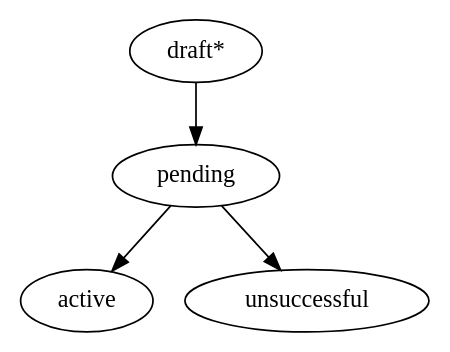
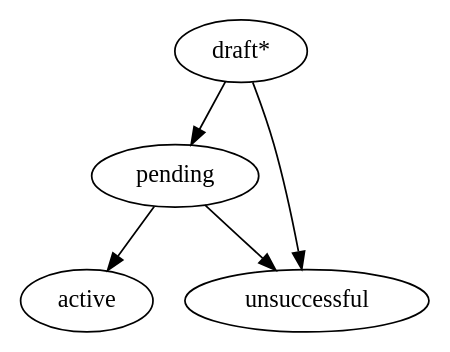
One commit to ProzorroUKR/prozorro-docs changed the diagram in docs/source/standard/cancellation.rst. Above: the diagram before and after it, drawn with Graphviz. The commit also changed 216 other files, not shown here.

```diff
--- a/docs/source/standard/cancellation.rst
+++ b/docs/source/standard/cancellation.rst
@@ -85,12 +85,12 @@
 .. graphviz::
 
     digraph G {
         A [ label="draft*" ]
         B [ label="pending" ]
         C [ label="active"]
         D [ label="unsuccessful" ]
-        
         A -> B;
+        A -> D;
         B -> C;
         B -> D;
     }
```
